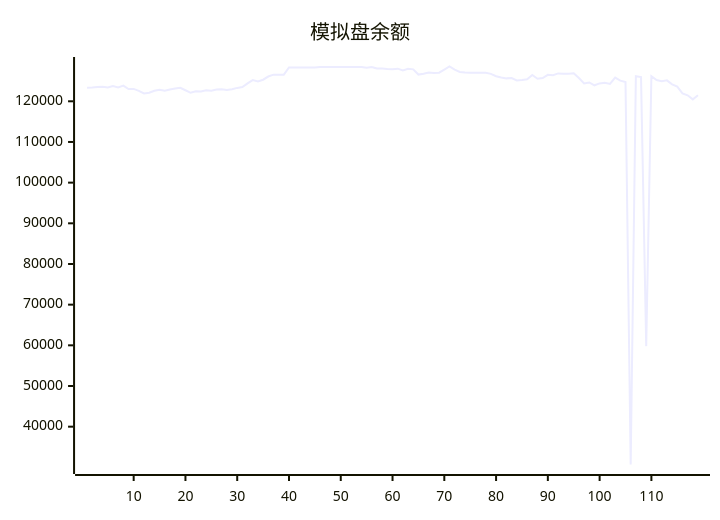
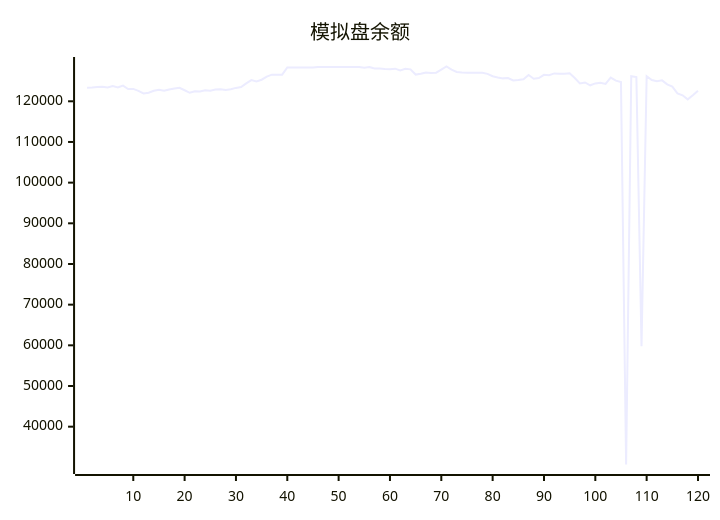
Before and after one commit to aahl/ai-trading: the diagram in README.md, drawn with Mermaid. The commit also changed other lines of this file and 1 other file, not shown here.

````diff
--- a/README.md
+++ b/README.md
@@ -5,5 +5,5 @@
 ```mermaid
 xychart
     title "模拟盘余额"
-    line [123338,123402,123530,123592,123378,123745,123413,123853,123009,123040,122557,121938,122095,122599,122856,122597,122898,123160,123319,122719,122087,122454,122416,122685,122592,122907,122961,122776,122981,123295,123507,124403,125224,124894,125303,126088,126544,126534,126549,128335,128318,128318,128318,128318,128318,128424,128424,128424,128424,128424,128424,128424,128424,128424,128247,128412,128062,128087,127917,127901,128026,127611,128000,127850,126572,126770,127100,126971,127029,127783,128554,127765,127224,127064,127044,127009,127025,127004,126738,126152,125871,125635,125707,125117,125217,125420,126480,125545,125715,126511,126424,126856,126764,126788,126890,125710,124381,124632,123936,124402,124574,124256,125833,125070,124739,30700,126154,125966,59800,126145,125213,124943,125143,124157,123604,121959,121476,120476,121470]
+    line [123338,123402,123530,123592,123378,123745,123413,123853,123009,123040,122557,121938,122095,122599,122856,122597,122898,123160,123319,122719,122087,122454,122416,122685,122592,122907,122961,122776,122981,123295,123507,124403,125224,124894,125303,126088,126544,126534,126549,128335,128318,128318,128318,128318,128318,128424,128424,128424,128424,128424,128424,128424,128424,128424,128247,128412,128062,128087,127917,127901,128026,127611,128000,127850,126572,126770,127100,126971,127029,127783,128554,127765,127224,127064,127044,127009,127025,127004,126738,126152,125871,125635,125707,125117,125217,125420,126480,125545,125715,126511,126424,126856,126764,126788,126890,125710,124381,124632,123936,124402,124574,124256,125833,125070,124739,30700,126154,125966,59800,126145,125213,124943,125143,124157,123604,121959,121476,120476,121470,122610]
 ```
````
